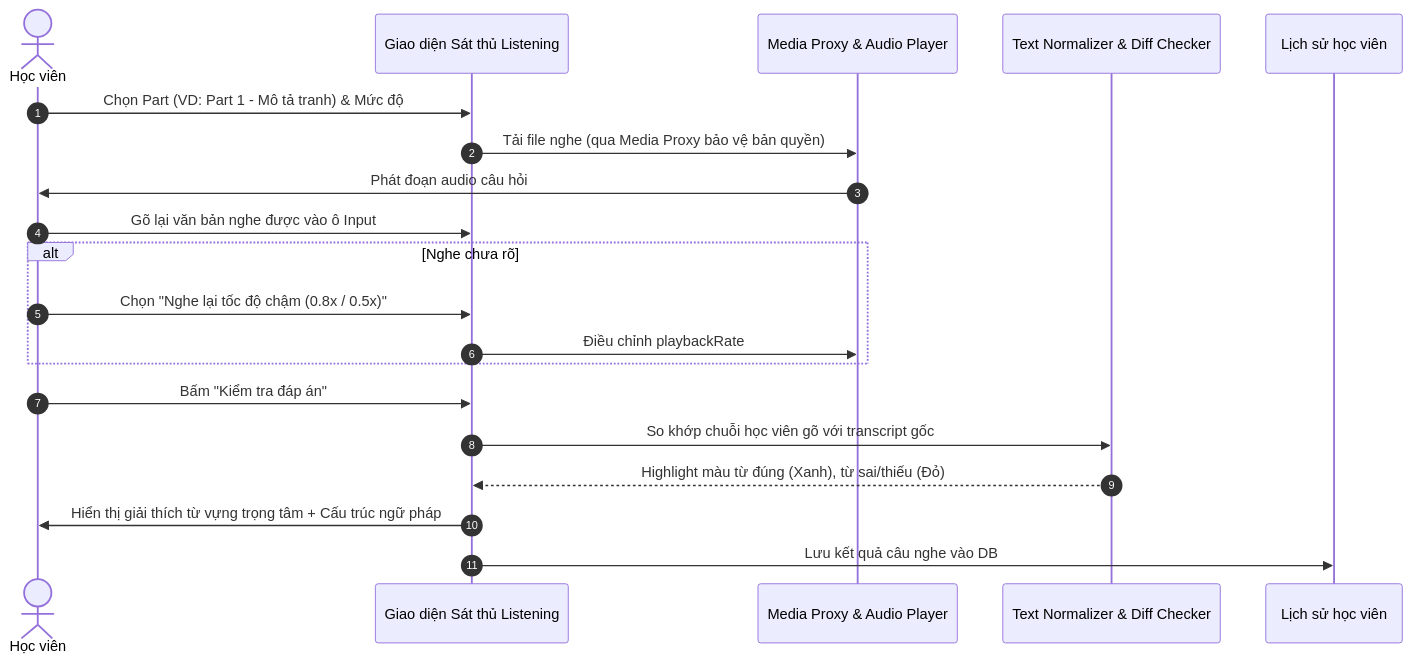
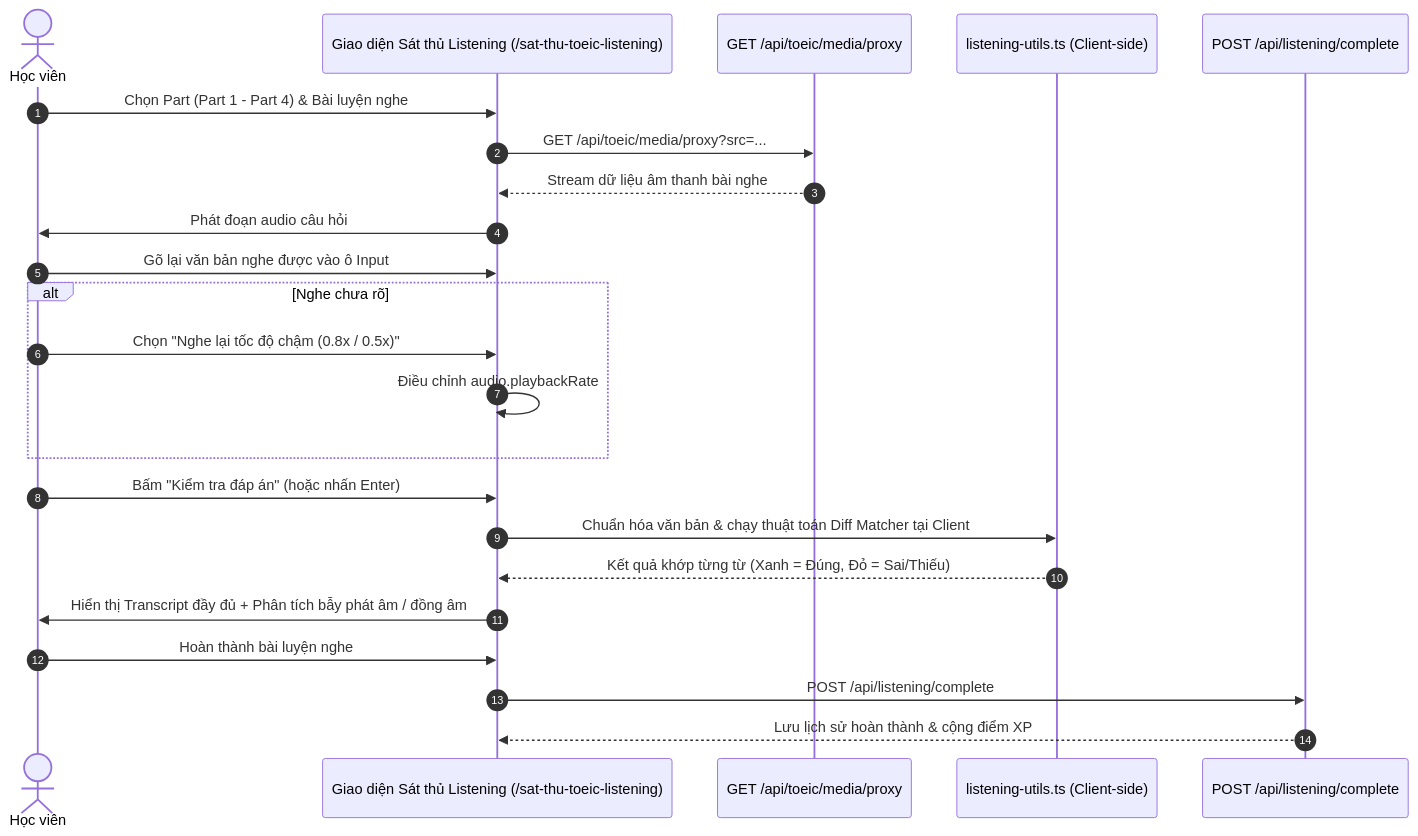
The second of 3 diagrams in agent/docs/SRS_04_TOEIC_LISTENING_EXAM.md (FengProfessor/Vocab), drawn with Mermaid before and after one commit. The commit also changed other lines of this file and 15 other files, not shown here.

Commit message:
docs(srs): complete 15 full-project SRS use cases and flow limitation audit

````diff
--- a/agent/docs/SRS_04_TOEIC_LISTENING_EXAM.md
+++ b/agent/docs/SRS_04_TOEIC_LISTENING_EXAM.md
@@ -68,23 +69,26 @@
 ```mermaid
 sequenceDiagram
     autonumber
     actor Student as Học viên
-    participant UI as Giao diện Sát thủ Listening
-    participant Audio as Media Proxy & Audio Player
-    participant Checker as Text Normalizer & Diff Checker
-    participant History as Lịch sử học viên
+    participant UI as Giao diện Sát thủ Listening (/sat-thu-toeic-listening)
+    participant Proxy as GET /api/toeic/media/proxy
+    participant Utils as listening-utils.ts (Client-side)
+    participant CompleteAPI as POST /api/listening/complete
 
-    Student->>UI: Chọn Part (VD: Part 1 - Mô tả tranh) & Mức độ
-    UI->>Audio: Tải file nghe (qua Media Proxy bảo vệ bản quyền)
-    Audio->>Student: Phát đoạn audio câu hỏi
+    Student->>UI: Chọn Part (Part 1 - Part 4) & Bài luyện nghe
+    UI->>Proxy: GET /api/toeic/media/proxy?src=...
+    Proxy-->>UI: Stream dữ liệu âm thanh bài nghe
+    UI->>Student: Phát đoạn audio câu hỏi
     Student->>UI: Gõ lại văn bản nghe được vào ô Input
     alt Nghe chưa rõ
         Student->>UI: Chọn "Nghe lại tốc độ chậm (0.8x / 0.5x)"
-        UI->>Audio: Điều chỉnh playbackRate
+        UI->>UI: Điều chỉnh audio.playbackRate
     end
-    Student->>UI: Bấm "Kiểm tra đáp án"
-    UI->>Checker: So khớp chuỗi học viên gõ với transcript gốc
-    Checker-->>UI: Highlight màu từ đúng (Xanh), từ sai/thiếu (Đỏ)
-    UI->>Student: Hiển thị giải thích từ vựng trọng tâm + Cấu trúc ngữ pháp
-    UI->>History: Lưu kết quả câu nghe vào DB
+    Student->>UI: Bấm "Kiểm tra đáp án" (hoặc nhấn Enter)
+    UI->>Utils: Chuẩn hóa văn bản & chạy thuật toán Diff Matcher tại Client
+    Utils-->>UI: Kết quả khớp từng từ (Xanh = Đúng, Đỏ = Sai/Thiếu)
+    UI->>Student: Hiển thị Transcript đầy đủ + Phân tích bẫy phát âm / đồng âm
+    Student->>UI: Hoàn thành bài luyện nghe
+    UI->>CompleteAPI: POST /api/listening/complete
+    CompleteAPI-->>UI: Lưu lịch sử hoàn thành & cộng điểm XP
 ```
````
